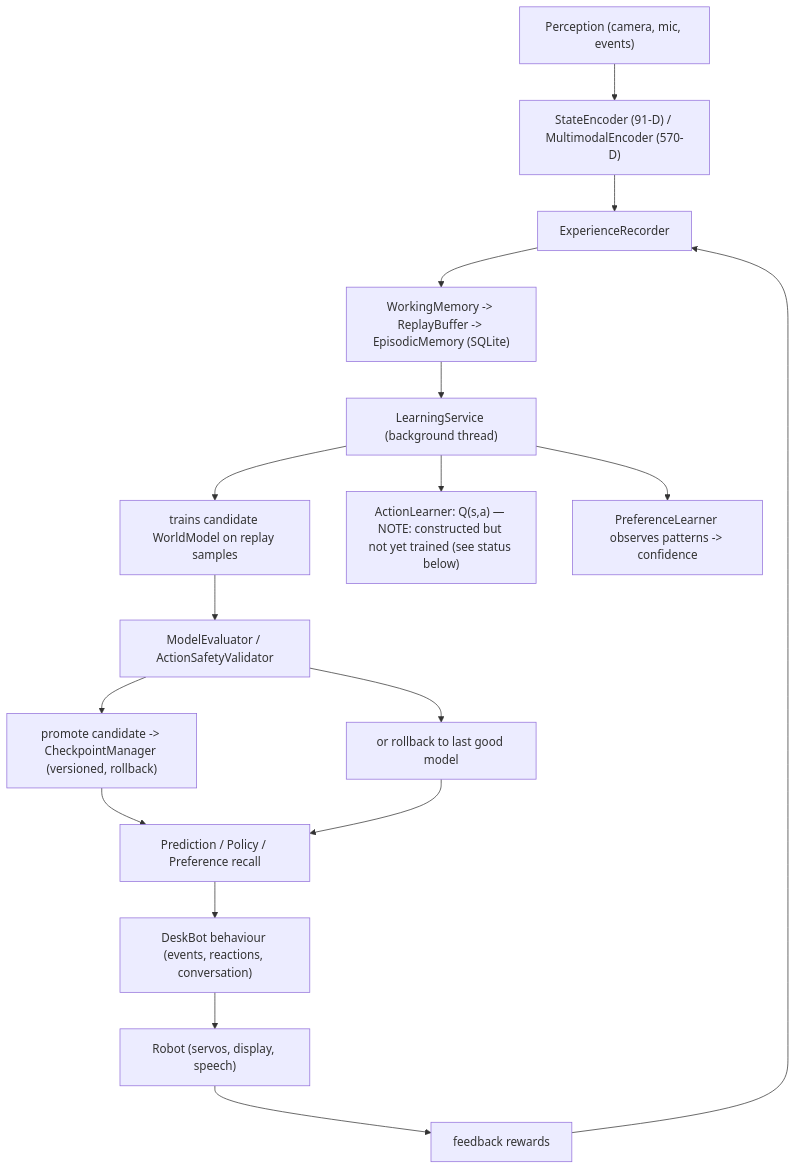
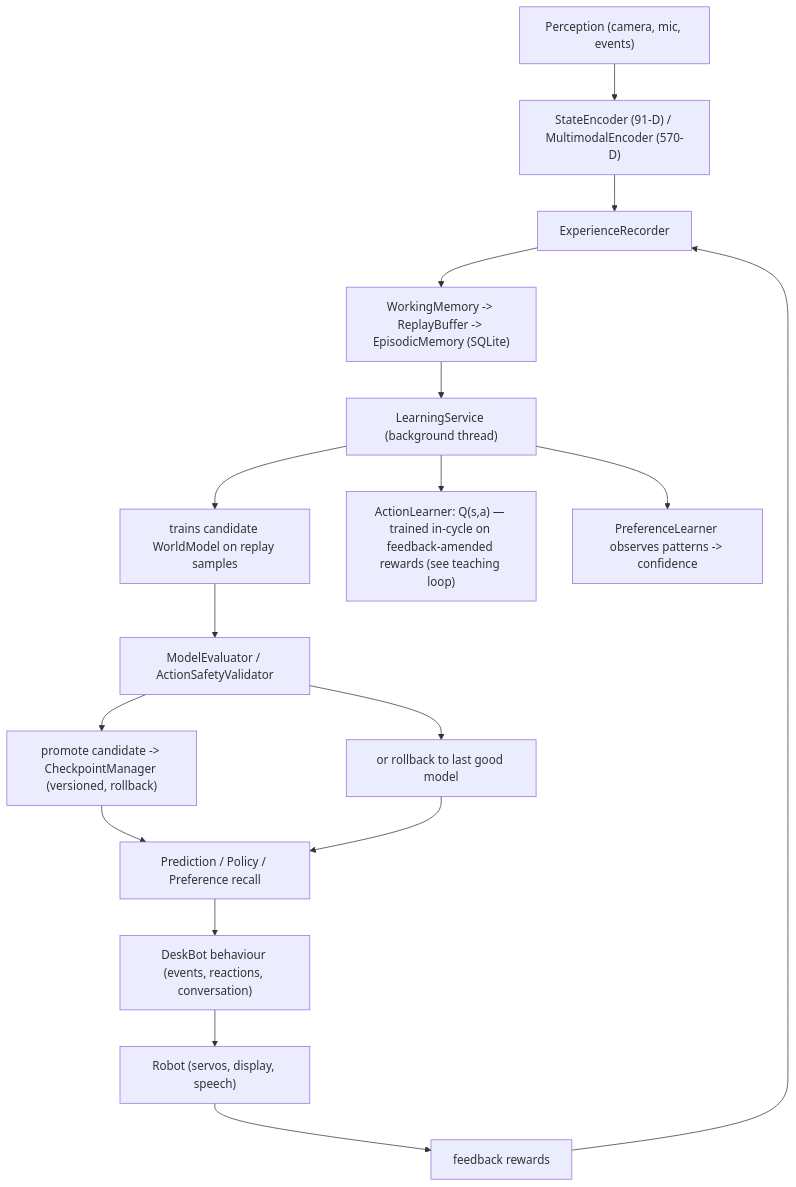
Before and after one commit to well-it-wasnt-me/RON: the second of 2 diagrams in docs/modules/learning.md, drawn with Mermaid. The commit also changed other lines of this file and 10 other files, not shown here.

````diff
--- a/docs/modules/learning.md
+++ b/docs/modules/learning.md
@@ -641,19 +660,19 @@
 ```mermaid
 flowchart TD
     Perc["Perception (camera, mic, events)"] --> SE["StateEncoder (91-D) / MultimodalEncoder (570-D)"]
     SE --> Rec["ExperienceRecorder"]
     Rec --> Mem["WorkingMemory -> ReplayBuffer -> EpisodicMemory (SQLite)"]
     Mem --> LS["LearningService (background thread)"]
     LS --> L1["trains candidate WorldModel on replay samples"]
-    LS --> L2["ActionLearner: Q(s,a) — NOTE: constructed but not yet trained (see status below)"]
+    LS --> L2["ActionLearner: Q(s,a) — trained in-cycle on feedback-amended rewards (see teaching loop)"]
     LS --> L3["PreferenceLearner observes patterns -> confidence"]
     L1 --> Eval["ModelEvaluator / ActionSafetyValidator"]
     Eval --> Promote["promote candidate -> CheckpointManager (versioned, rollback)"]
     Eval --> Rollback["or rollback to last good model"]
     Promote --> Pred["Prediction / Policy / Preference recall"]
     Rollback --> Pred
     Pred --> Beh["DeskBot behaviour (events, reactions, conversation)"]
     Beh --> Robot["Robot (servos, display, speech)"]
     Robot --> Fb["feedback rewards"]
     Fb --> Rec
 ```
````
